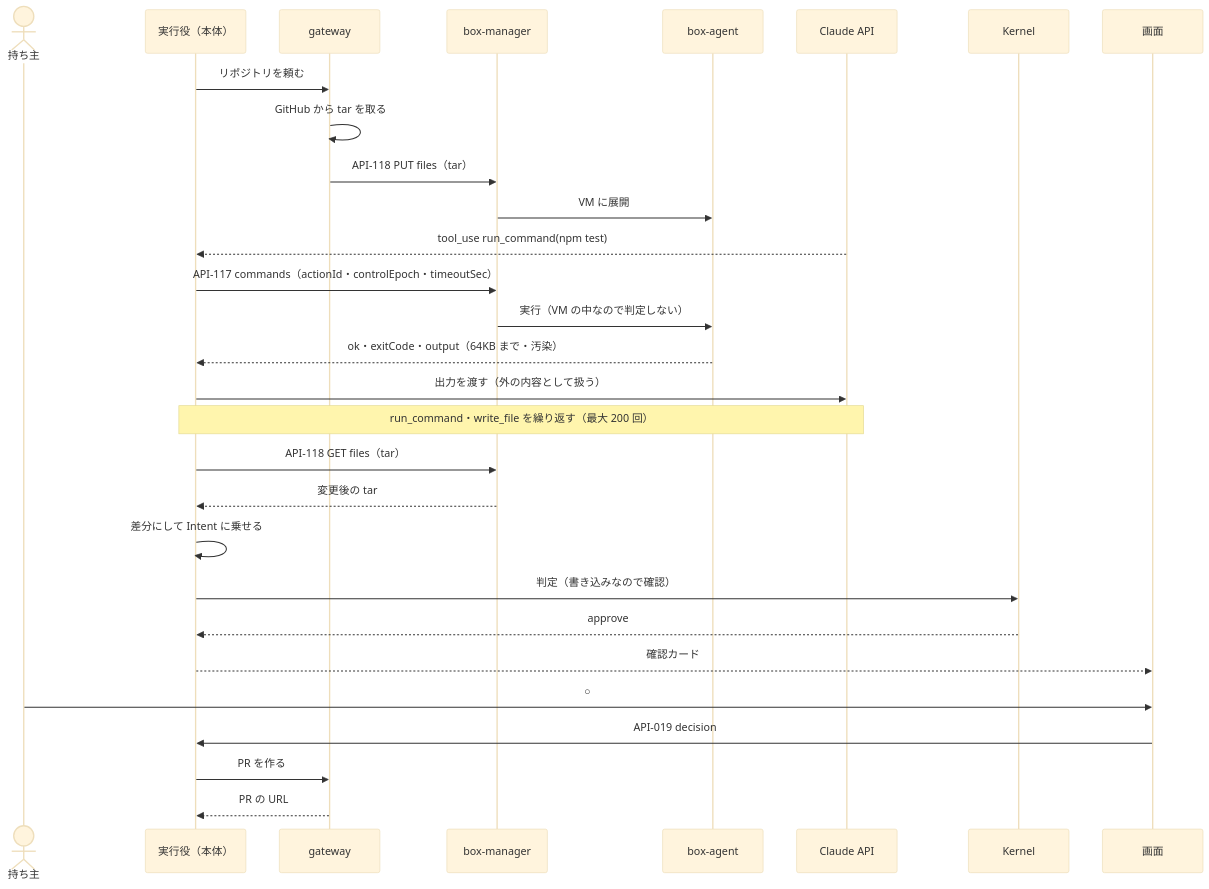
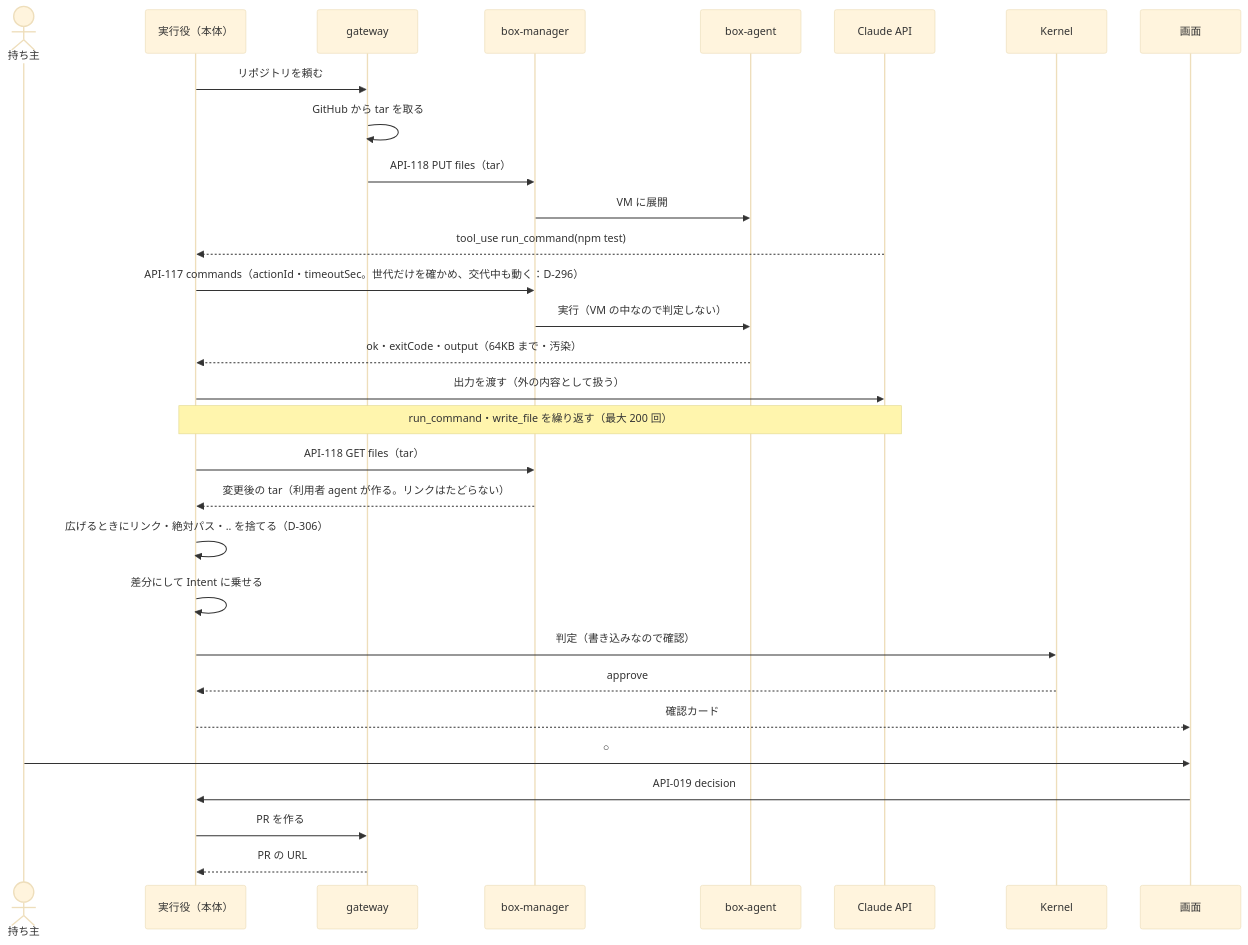
Before and after one commit to itiwoja/agent-team: diagram 11 of 13 in docs/design/10_diagrams/sequences.md, drawn with Mermaid (base theme). The commit also changed other lines of this file and 32 other files, not shown here.

````diff
--- a/docs/design/10_diagrams/sequences.md
+++ b/docs/design/10_diagrams/sequences.md
@@ -243,31 +279,32 @@
 ```mermaid
 sequenceDiagram
  actor O as 持ち主
  participant R as 実行役（本体）
  participant G as gateway
  participant BM as box-manager
  participant B as box-agent
  participant C as Claude API
  participant K as Kernel
  participant W as 画面
  R->>G: リポジトリを頼む
  G->>G: GitHub から tar を取る
  G->>BM: API-118 PUT files（tar）
  BM->>B: VM に展開
  C-->>R: tool_use run_command(npm test)
- R->>BM: API-117 commands（actionId・controlEpoch・timeoutSec）
+ R->>BM: API-117 commands（actionId・timeoutSec。世代だけを確かめ、交代中も動く：D-296）
  BM->>B: 実行（VM の中なので判定しない）
  B-->>R: ok・exitCode・output（64KB まで・汚染）
  R->>C: 出力を渡す（外の内容として扱う）
  Note over C,R: run_command・write_file を繰り返す（最大 200 回）
  R->>BM: API-118 GET files（tar）
- BM-->>R: 変更後の tar
+ BM-->>R: 変更後の tar（利用者 agent が作る。リンクはたどらない）
+ R->>R: 広げるときにリンク・絶対パス・.. を捨てる（D-306）
  R->>R: 差分にして Intent に乗せる
  R->>K: 判定（書き込みなので確認）
  K-->>R: approve
  R-->>W: 確認カード
  O->>W: ○
  W->>R: API-019 decision
  R->>G: PR を作る
  G-->>R: PR の URL
 ```
````
